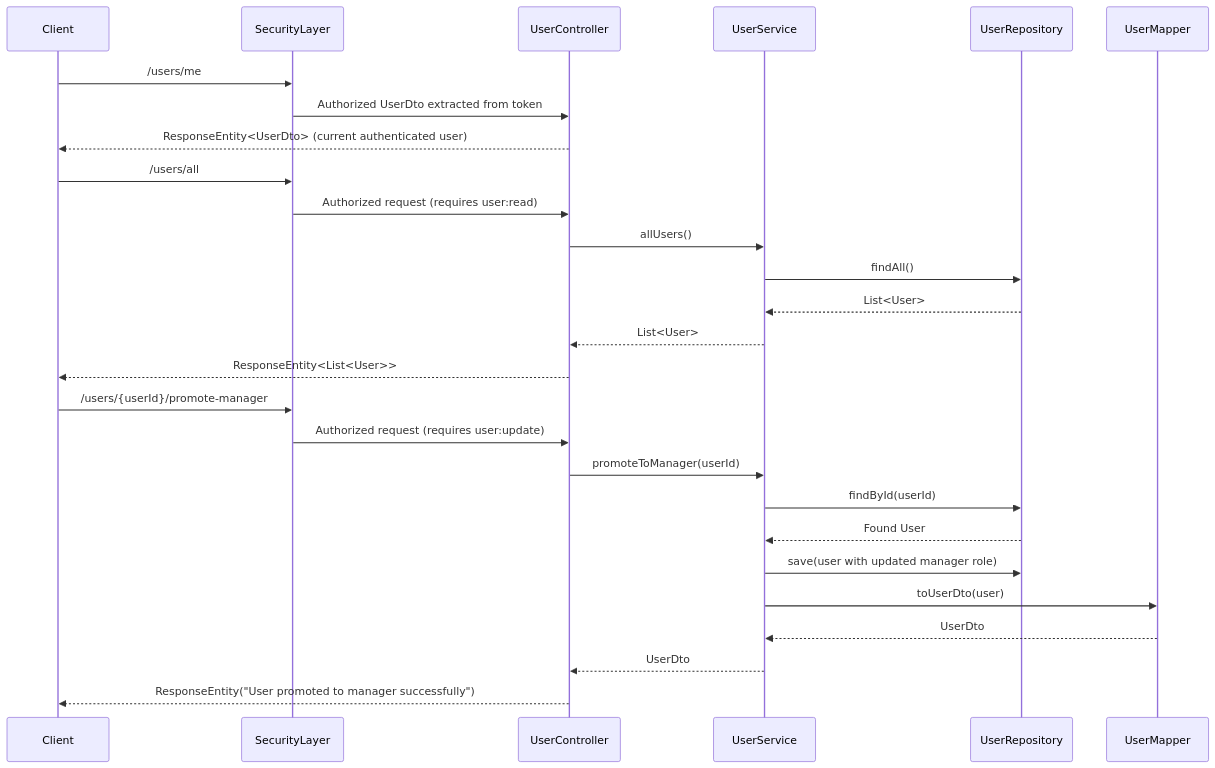
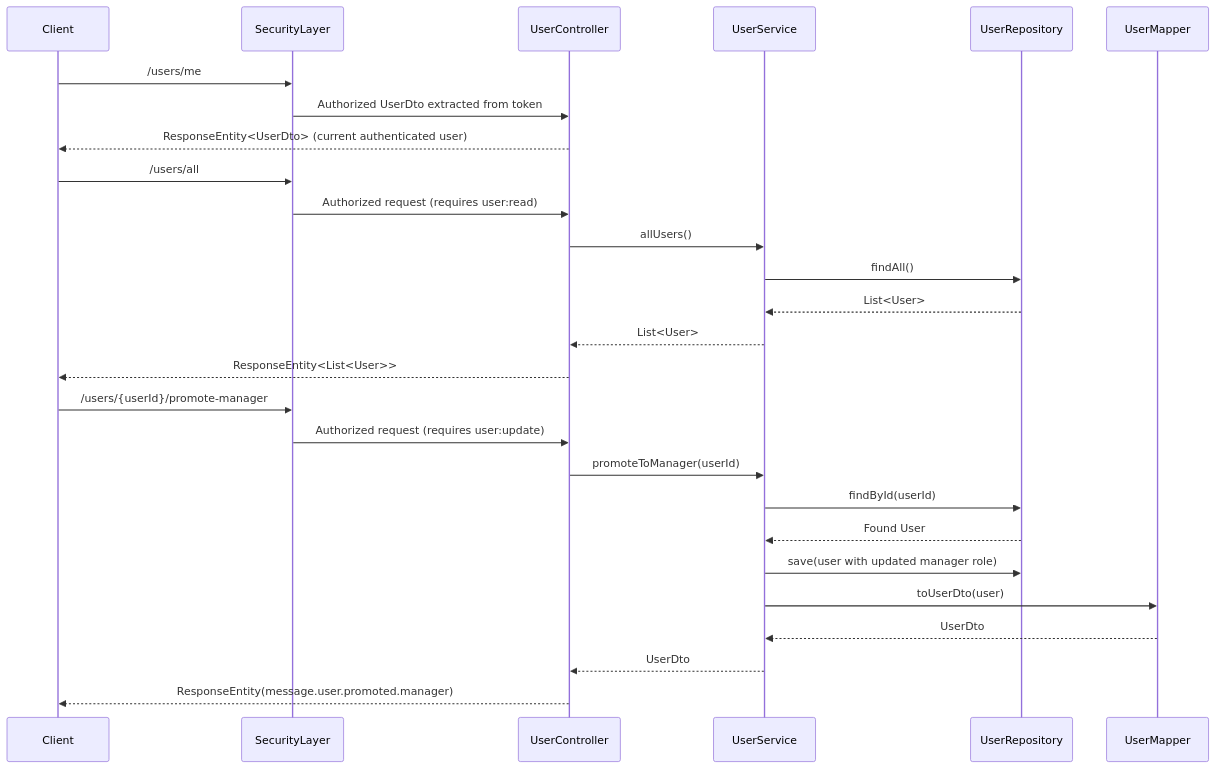
The seventh of 10 diagrams in docs/process-documentation.md (OrifInformatique/spring-auth), drawn with Mermaid before and after one commit. The commit also changed other lines of this file, not shown here.

````diff
--- a/docs/process-documentation.md
+++ b/docs/process-documentation.md
@@ -415,35 +415,35 @@
 ```mermaid
 sequenceDiagram
     participant Client
     participant SecurityLayer
     participant UserController
     participant UserService
     participant UserRepository
     participant UserMapper
 
     %% /users/me
     Client->>SecurityLayer: /users/me
     SecurityLayer->>UserController: Authorized UserDto extracted from token
     UserController-->>Client: ResponseEntity<UserDto> (current authenticated user)
 
     %% /users/all
     Client->>SecurityLayer: /users/all
     SecurityLayer->>UserController: Authorized request (requires user:read)
     UserController->>UserService: allUsers()
     UserService->>UserRepository: findAll()
     UserRepository-->>UserService: List<User>
     UserService-->>UserController: List<User>
     UserController-->>Client: ResponseEntity<List<User>>
 
     %% /users/{userId}/promote-manager
     Client->>SecurityLayer: /users/{userId}/promote-manager
     SecurityLayer->>UserController: Authorized request (requires user:update)
     UserController->>UserService: promoteToManager(userId)
     UserService->>UserRepository: findById(userId)
     UserRepository-->>UserService: Found User
     UserService->>UserRepository: save(user with updated manager role)
     UserService->>UserMapper: toUserDto(user)
     UserMapper-->>UserService: UserDto
     UserService-->>UserController: UserDto
-    UserController-->>Client: ResponseEntity("User promoted to manager successfully")
+    UserController-->>Client: ResponseEntity(message.user.promoted.manager)
 ```
````
